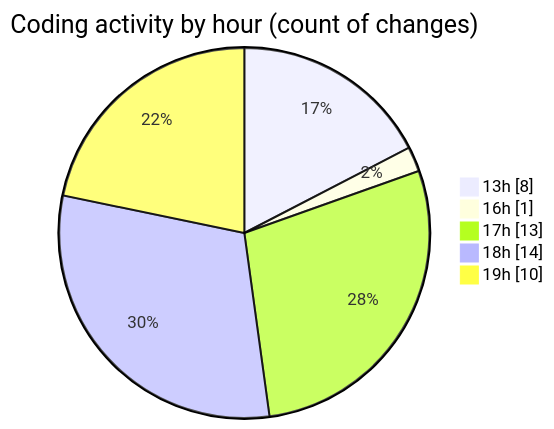
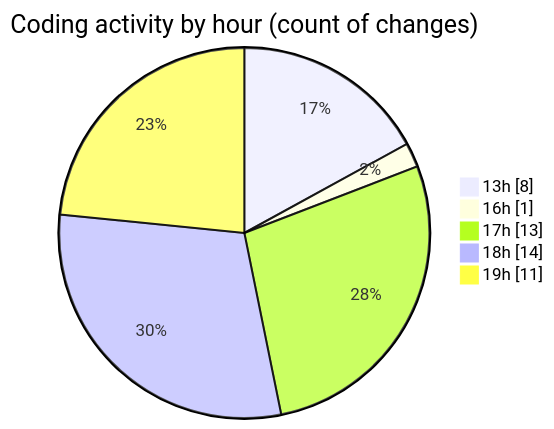
One commit to EIIisD/code-tracking changed the second of 2 diagrams in 2025-08-24/chatgpt-extension/README.md. Above: the diagram before and after it, drawn with Mermaid. The commit also changed other lines of this file and 1 other file, not shown here.

````diff
--- a/2025-08-24/chatgpt-extension/README.md
+++ b/2025-08-24/chatgpt-extension/README.md
@@ -34,9 +34,9 @@
 ```mermaid
 pie showData
 title Coding activity by hour (count of changes)
 "13h" : 8
 "16h" : 1
 "17h" : 13
 "18h" : 14
-"19h" : 10
+"19h" : 11
 ```
````
